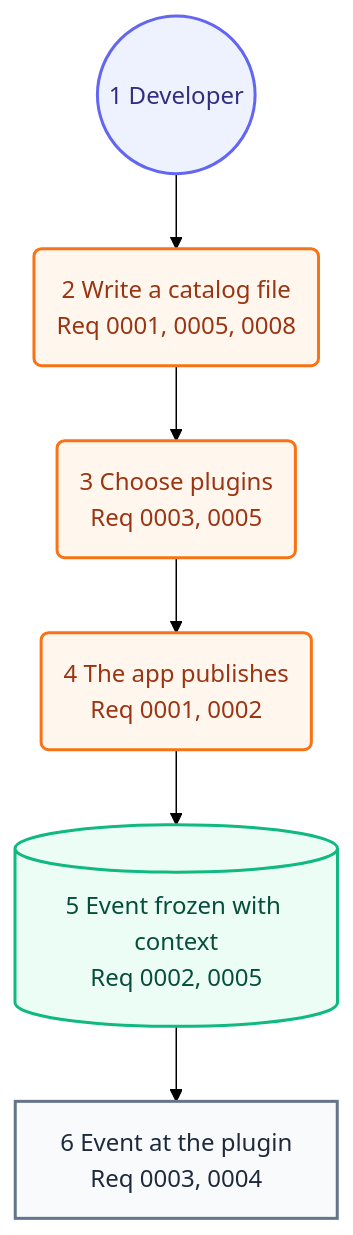
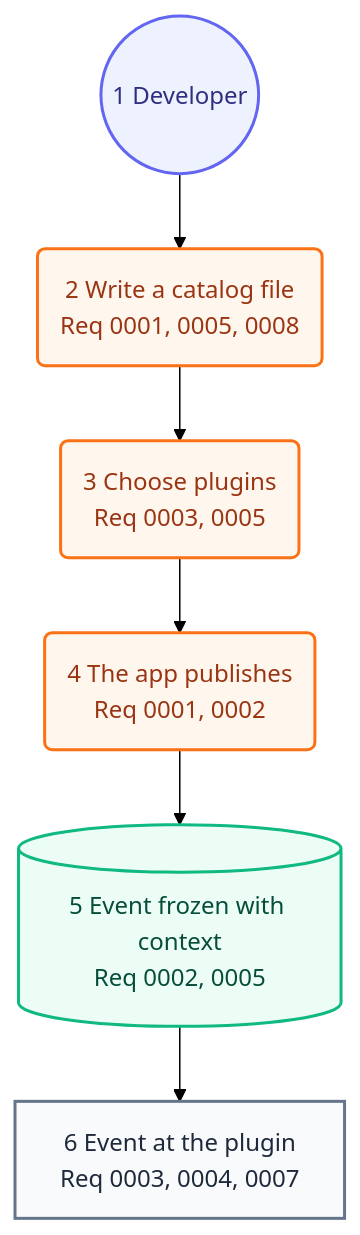
The second of 2 diagrams in docs/architecture/05-user-journey.md (may-journal/Stratum-Observability-Java), drawn with Mermaid (forest theme) before and after one commit. The commit also changed other lines of this file and 17 other files, not shown here.

````diff
--- a/docs/architecture/05-user-journey.md
+++ b/docs/architecture/05-user-journey.md
@@ -31,20 +31,20 @@
 ```mermaid
 flowchart TB
     dev((1 Developer)):::persona
     catalog(2 Write a catalog file<br/>Req 0001, 0005, 0008):::action
     plugins(3 Choose plugins<br/>Req 0003, 0005):::action
     publish(4 The app publishes<br/>Req 0001, 0002):::action
     snapshot[(5 Event frozen with context<br/>Req 0002, 0005)]:::system
-    plugin[6 Event at the plugin<br/>Req 0003, 0004]:::screen
+    plugin[6 Event at the plugin<br/>Req 0003, 0004, 0007]:::screen
 
     dev --> catalog
     catalog --> plugins
     plugins --> publish
     publish --> snapshot
     snapshot --> plugin
 
     classDef persona fill:#eef2ff,stroke:#6366f1,color:#312e81,stroke-width:2px
     classDef screen fill:#f8fafc,stroke:#64748b,color:#1e293b,stroke-width:2px
     classDef action fill:#fff7ed,stroke:#f97316,color:#9a3412,stroke-width:2px
     classDef system fill:#ecfdf5,stroke:#10b981,color:#064e3b,stroke-width:2px
 ```
````
